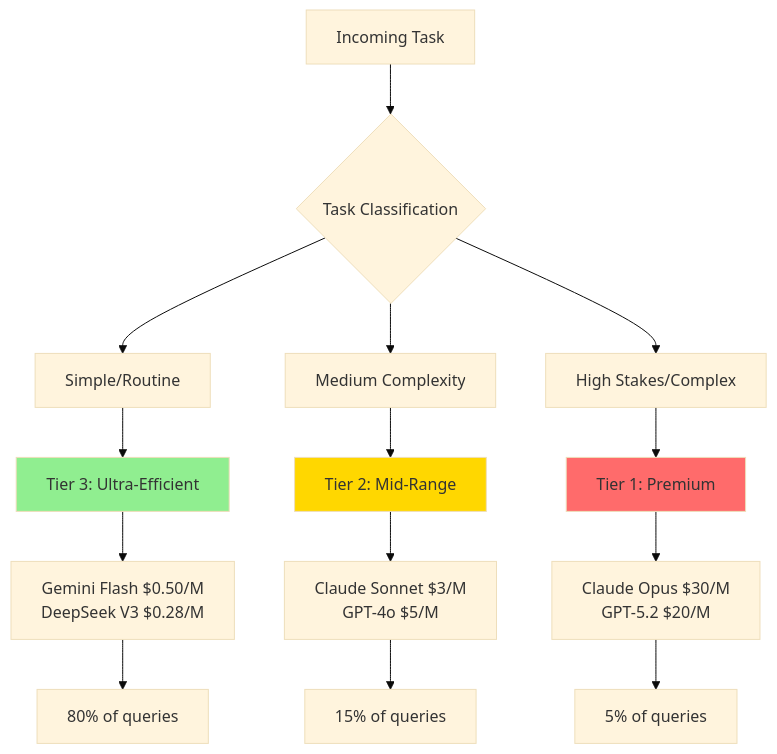
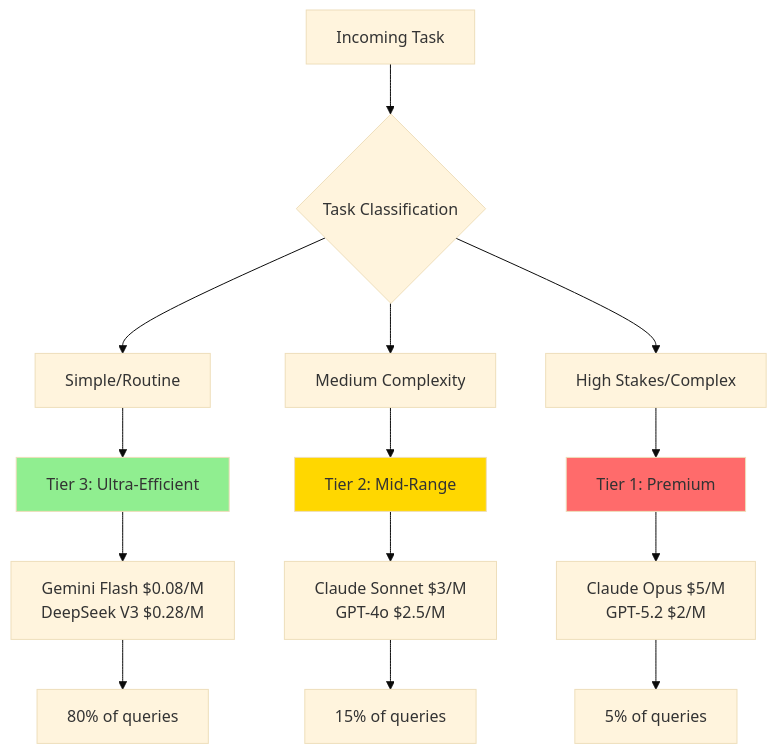
One commit to rsrini7/Learnings changed the fifth of 10 diagrams in AI-ML/OpenClaw-Updated.md. Above: the diagram before and after it, drawn with Mermaid (base theme). The commit also changed other lines of this file, not shown here.

````diff
--- a/AI-ML/OpenClaw-Updated.md
+++ b/AI-ML/OpenClaw-Updated.md
@@ -812,24 +812,24 @@
 ```mermaid
 flowchart TD
     A[Incoming Task] --> B{Task Classification}
     
     B --> C[Simple/Routine]
     B --> D[Medium Complexity]
     B --> E[High Stakes/Complex]
     
     C --> C1[Tier 3: Ultra-Efficient]
     D --> D1[Tier 2: Mid-Range]
     E --> E1[Tier 1: Premium]
     
-    C1 --> C2[Gemini Flash $0.50/M<br/>DeepSeek V3 $0.28/M]
-    D1 --> D2[Claude Sonnet $3/M<br/>GPT-4o $5/M]
-    E1 --> E2[Claude Opus $30/M<br/>GPT-5.2 $20/M]
+    C1 --> C2[Gemini Flash $0.08/M<br/>DeepSeek V3 $0.28/M]
+    D1 --> D2[Claude Sonnet $3/M<br/>GPT-4o $2.5/M]
+    E1 --> E2[Claude Opus $5/M<br/>GPT-5.2 $2/M]
     
     C2 --> F[80% of queries]
     D2 --> G[15% of queries]
     E2 --> H[5% of queries]
     
     style C1 fill:#90EE90
     style D1 fill:#FFD700
     style E1 fill:#FF6B6B
 ```
````
